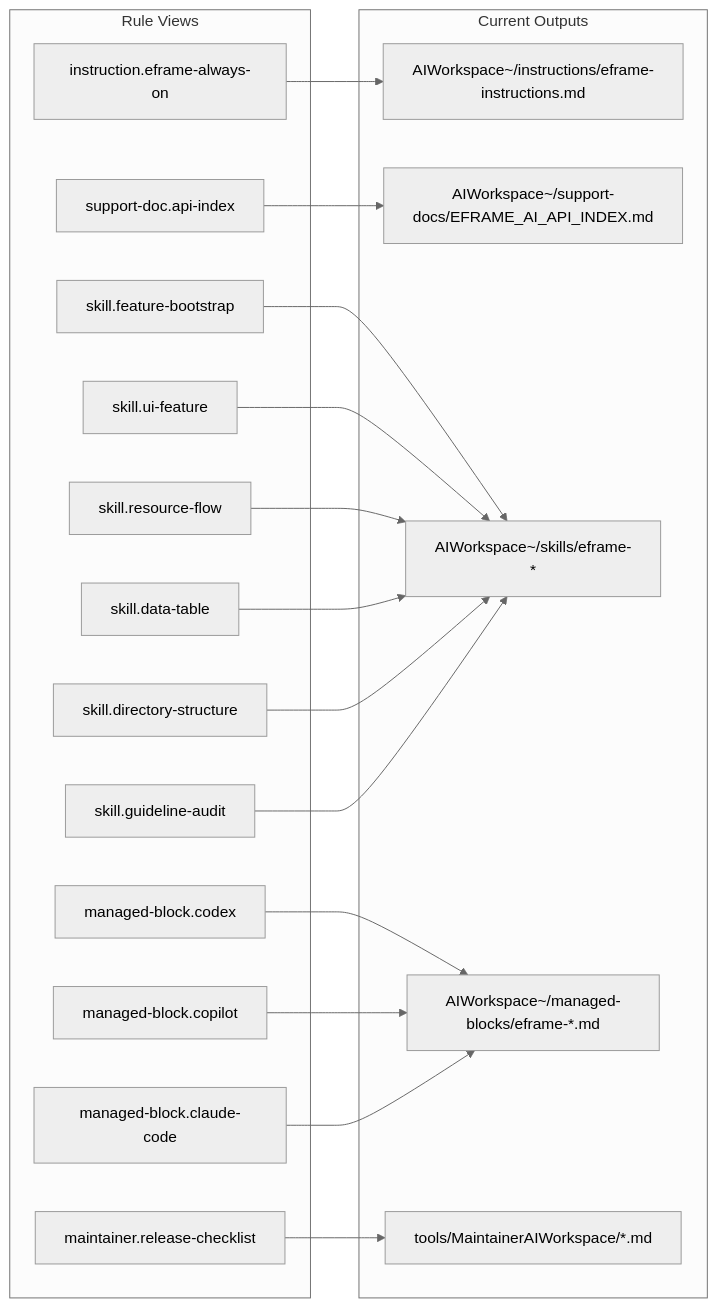
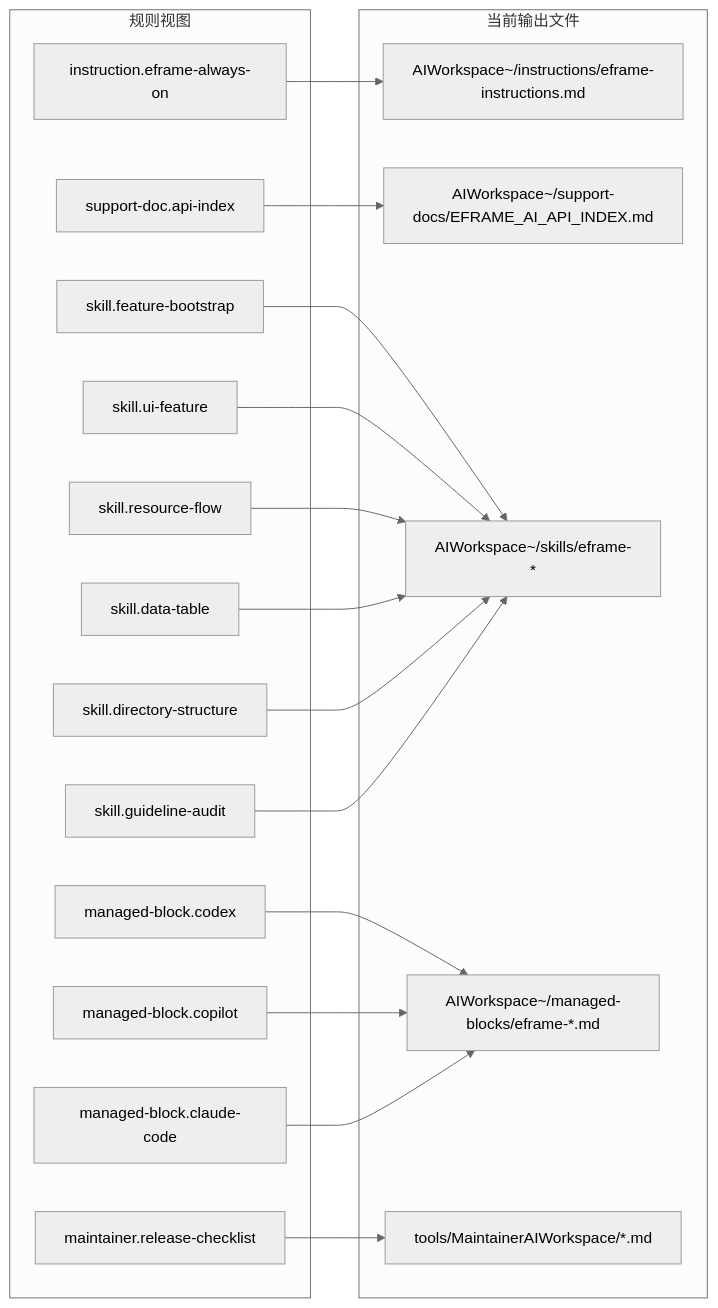
One commit to LukasChen/EFrameWork changed the fourth of 6 diagrams in tools/MaintainerAIWorkspace/AI_RULE_VISUAL_REVIEW.md. Above: the diagram before and after it, drawn with Mermaid (neutral theme). The commit also changed other lines of this file, not shown here.

Commit message:
Translate AI rule visual review guide

````diff
--- a/tools/MaintainerAIWorkspace/AI_RULE_VISUAL_REVIEW.md
+++ b/tools/MaintainerAIWorkspace/AI_RULE_VISUAL_REVIEW.md
@@ -117,38 +117,38 @@
 ```mermaid
 flowchart LR
-    subgraph Views["Rule Views"]
+    subgraph Views["规则视图"]
         Always["instruction.eframe-always-on"]
         Api["support-doc.api-index"]
         Feature["skill.feature-bootstrap"]
         UI["skill.ui-feature"]
         Res["skill.resource-flow"]
         Data["skill.data-table"]
         Dir["skill.directory-structure"]
         Audit["skill.guideline-audit"]
         Codex["managed-block.codex"]
         Copilot["managed-block.copilot"]
         Claude["managed-block.claude-code"]
         Release["maintainer.release-checklist"]
     end
 
-    subgraph Outputs["Current Outputs"]
+    subgraph Outputs["当前输出文件"]
         Instr["AIWorkspace~/instructions/eframe-instructions.md"]
         Index["AIWorkspace~/support-docs/EFRAME_AI_API_INDEX.md"]
         Skills["AIWorkspace~/skills/eframe-*"]
         Blocks["AIWorkspace~/managed-blocks/eframe-*.md"]
         Maint["tools/MaintainerAIWorkspace/*.md"]
     end
 
     Always --> Instr
     Api --> Index
     Feature --> Skills
     UI --> Skills
     Res --> Skills
     Data --> Skills
     Dir --> Skills
     Audit --> Skills
     Codex --> Blocks
     Copilot --> Blocks
     Claude --> Blocks
     Release --> Maint
 ```
````
